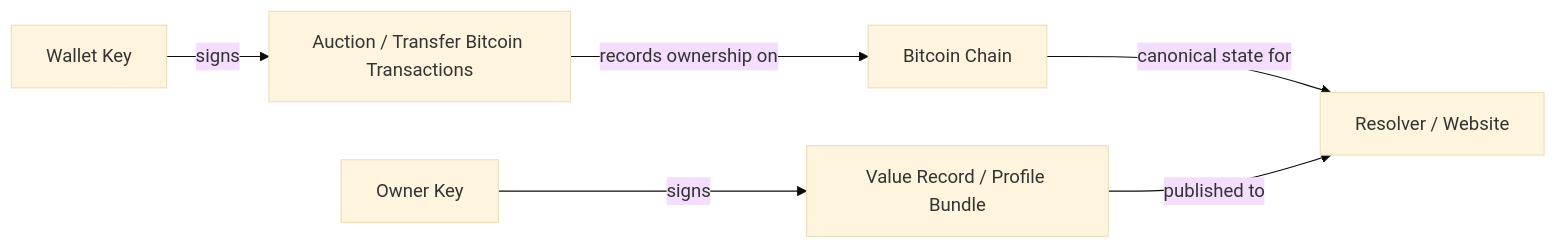
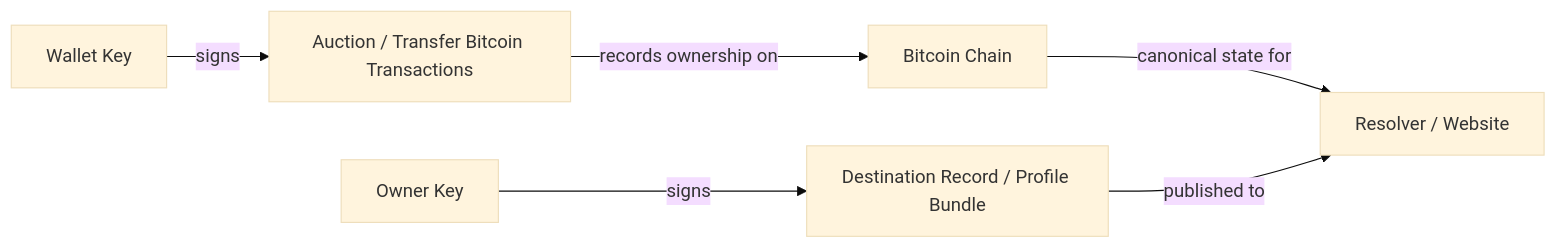
One commit to deekay/gns changed the diagram in README.md. Above: the diagram before and after it, drawn with Mermaid (base theme). The commit also changed other lines of this file and 67 other files, not shown here.

````diff
--- a/README.md
+++ b/README.md
@@ -58,8 +58,8 @@
 ```mermaid
 flowchart LR
   A["Wallet Key"] -->|"signs"| B["Auction / Transfer Bitcoin Transactions"]
   B -->|"records ownership on"| C["Bitcoin Chain"]
   C -->|"canonical state for"| D["Resolver / Website"]
-  E["Owner Key"] -->|"signs"| F["Value Record / Profile Bundle"]
+  E["Owner Key"] -->|"signs"| F["Destination Record / Profile Bundle"]
   F -->|"published to"| D
 ```
````
